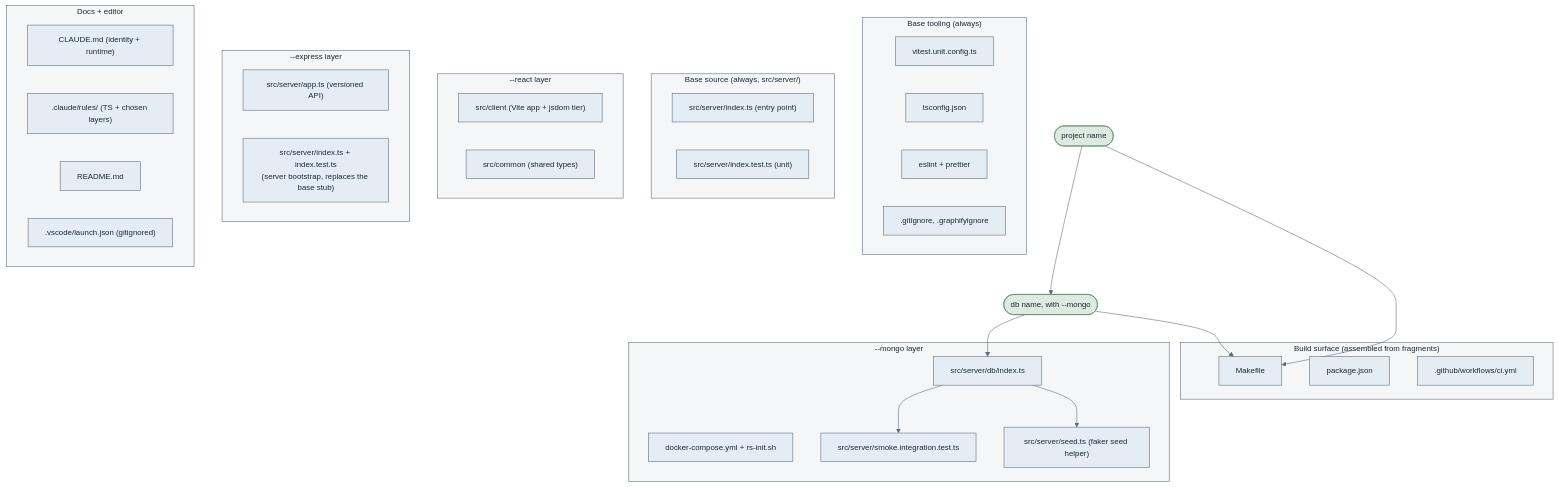
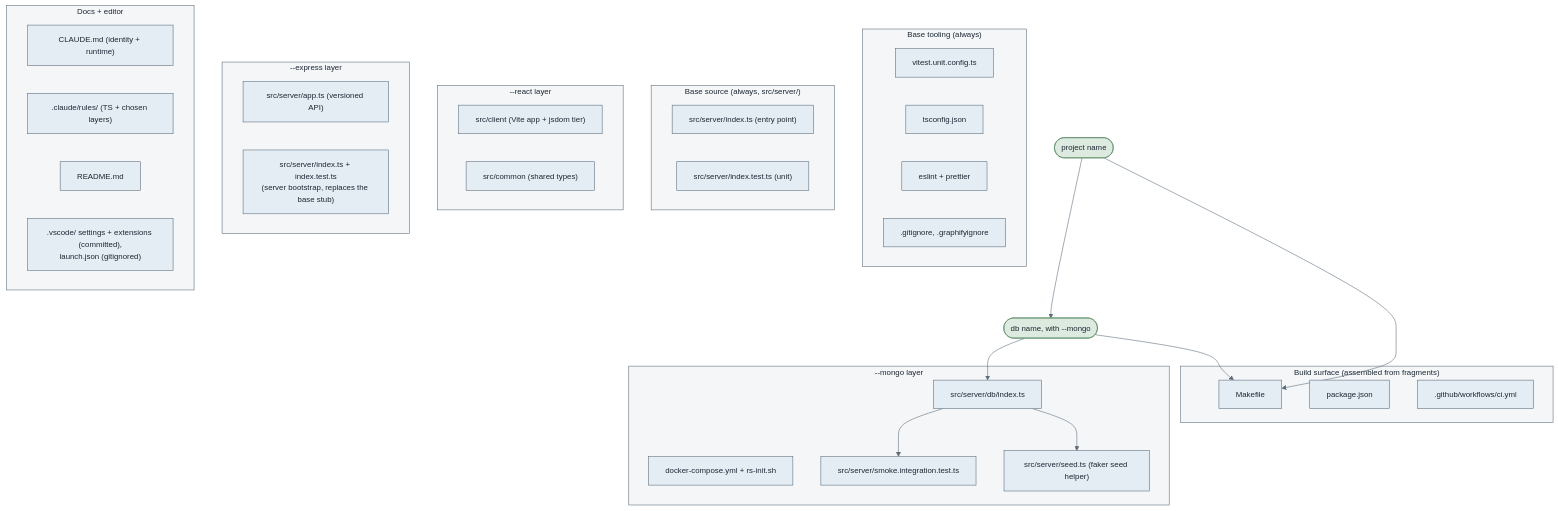
The third of 4 diagrams in docs/scripts.md (omerosaienni/agent-sdlc), drawn with Mermaid before and after one commit. The commit also changed other lines of this file and 1 other file, not shown here.

Commit message:
Generate format-on-save editor config in new projects (#42)

````diff
--- a/docs/scripts.md
+++ b/docs/scripts.md
@@ -113,60 +113,60 @@
 ```mermaid
 %%{init: {'theme':'base','themeVariables':{'primaryColor':'#e4edf4','primaryTextColor':'#1d2733','primaryBorderColor':'#5b6b7a','lineColor':'#5b6b7a','fontSize':'14px'}}}%%
 flowchart TD
     name(["project name"]) --> dbname(["db name, with --mongo"])
     dbname --> dbts
     dbname --> makefile
     name --> makefile
 
     subgraph tooling["Base tooling (always)"]
         vitest["vitest.unit.config.ts"]
         tsconfig["tsconfig.json"]
         lint["eslint + prettier"]
         ignores[".gitignore, .graphifyignore"]
     end
 
     subgraph base["Base source (always, src/server/)"]
         index["src/server/index.ts (entry point)"]
         indextest["src/server/index.test.ts (unit)"]
     end
 
     subgraph mongolayer["--mongo layer"]
         dbts["src/server/db/index.ts"]
         compose["docker-compose.yml + rs-init.sh"]
         smoke["src/server/smoke.integration.test.ts"]
         seed["src/server/seed.ts (faker seed helper)"]
     end
 
     subgraph reactlayer["--react layer"]
         client["src/client (Vite app + jsdom tier)"]
         common["src/common (shared types)"]
     end
 
     subgraph expresslayer["--express layer"]
         app["src/server/app.ts (versioned API)"]
         srvboot["src/server/index.ts + index.test.ts<br/>(server bootstrap, replaces the base stub)"]
     end
 
     subgraph build["Build surface (assembled from fragments)"]
         makefile["Makefile"]
         pkg["package.json"]
         ci[".github/workflows/ci.yml"]
     end
 
     subgraph docs["Docs + editor"]
         claude["CLAUDE.md (identity + runtime)"]
         rules[".claude/rules/ (TS + chosen layers)"]
         readme["README.md"]
-        vscode[".vscode/launch.json (gitignored)"]
+        vscode[".vscode/ settings + extensions (committed),<br/>launch.json (gitignored)"]
     end
 
     dbts --> smoke
     dbts --> seed
 
     classDef param fill:#dceadf,stroke:#5a8a66,color:#1d2733;
     classDef node fill:#e4edf4,stroke:#5b6b7a,color:#1d2733;
     classDef group fill:#f4f6f8,stroke:#5b6b7a,color:#1d2733;
     class name,dbname param;
     class vitest,tsconfig,lint,ignores,index,indextest,dbts,compose,smoke,seed,client,common,app,srvboot,ci,makefile,pkg,claude,rules,readme,vscode node;
     class tooling,base,mongolayer,reactlayer,expresslayer,build,docs group;
 ```
````
